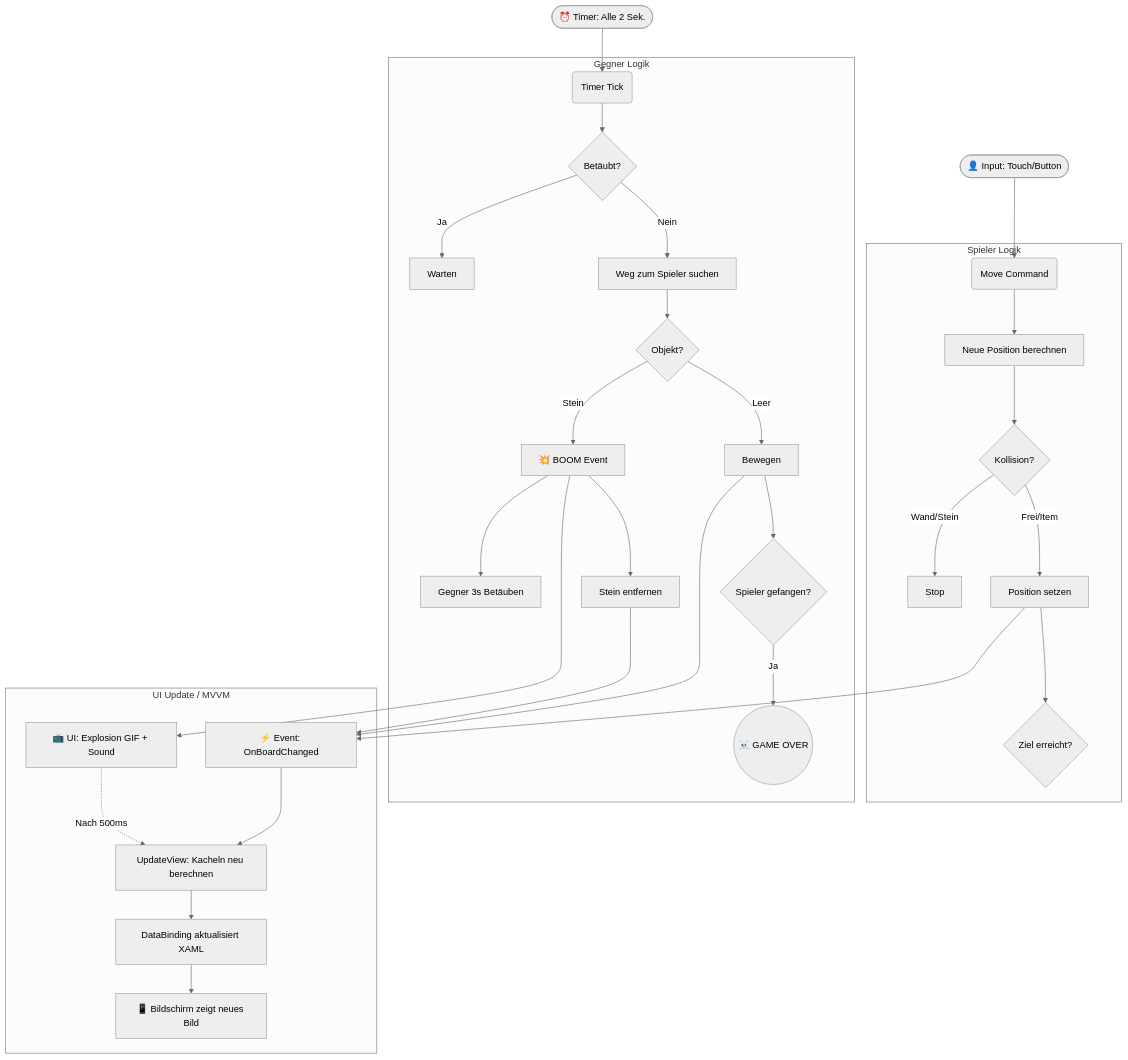
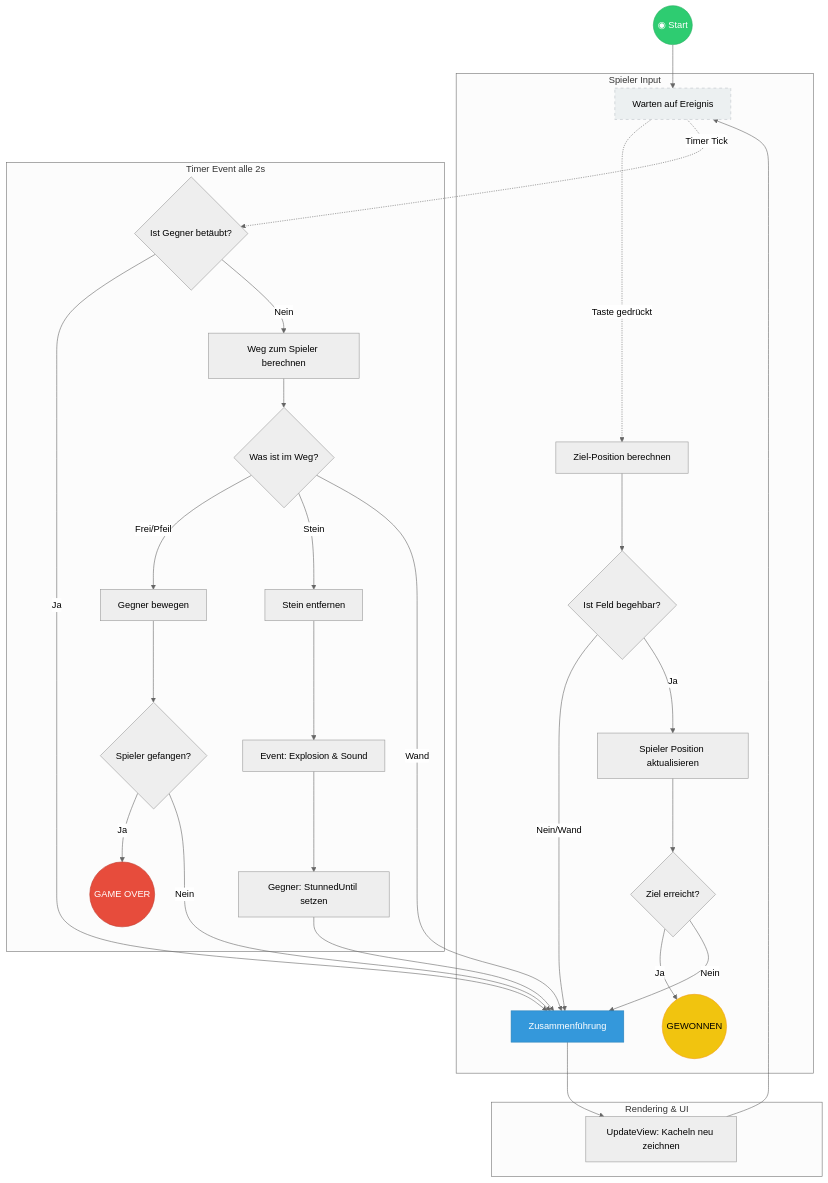
One commit to sebastianbichler/IU_C-_2026_Q1_LE changed the second of 2 diagrams in src/Playground/E01G03/UML.md. Above: the diagram before and after it, drawn with Mermaid (neutral theme).

Commit message:
Update UML diagram with player and enemy logic

````diff
--- a/src/Playground/E01G03/UML.md
+++ b/src/Playground/E01G03/UML.md
@@ -137,45 +137,55 @@
 ```mermaid
 graph TD
-    %% --- STARTPUNKTE ---
-    Input([👤 Input: Touch/Button]) --> PlayerAction
-    Timer([⏰ Timer: Alle 2 Sek.]) --> EnemyAction
+    %% --- START ---
+    Start((◉ Start)) --> Idle[Warten auf Ereignis]
 
-    %% --- SPIELER ZYKLUS ---
-    subgraph PlayerLoop [Spieler Logik]
-        PlayerAction(Move Command) --> CalcPosP[Neue Position berechnen]
-        CalcPosP --> CheckColP{Kollision?}
-        CheckColP -- Wand/Stein --> StopP[Stop]
-        CheckColP -- Frei/Item --> UpdatePosP[Position setzen]
-        UpdatePosP --> CheckWin{Ziel erreicht?}
+    %% --- SWIMLANES ---
+    subgraph Player_Event [Spieler Input]
+        Idle -.-> |Taste gedrückt| CalcPlayer[Ziel-Position berechnen]
+        CalcPlayer --> CheckWalkable{Ist Feld begehbar?}
+        
+        CheckWalkable -- Nein/Wand --> MergeUI[Zusammenführung]
+        CheckWalkable -- Ja --> SetPPos[Spieler Position aktualisieren]
+        SetPPos --> CheckWin{Ziel erreicht?}
+        
+        CheckWin -- Ja --> Win((GEWONNEN))
+        CheckWin -- Nein --> MergeUI
     end
 
-    %% --- GEGNER ZYKLUS ---
-    subgraph EnemyLoop [Gegner Logik]
-        EnemyAction(Timer Tick) --> IsStunned{Betäubt?}
-        IsStunned -- Ja --> Wait[Warten]
-        IsStunned -- Nein --> Pathfind[Weg zum Spieler suchen]
-        Pathfind --> CheckColE{Objekt?}
+    subgraph Enemy_Tick [Timer Event alle 2s]
+        Idle -.-> |Timer Tick| CheckStun{Ist Gegner betäubt?}
         
-        CheckColE -- Leer --> MoveE[Bewegen]
-        CheckColE -- Stein --> Explode[💥 BOOM Event]
-        Explode --> StunE[Gegner 3s Betäuben]
-        Explode --> RemoveStone[Stein entfernen]
+        %% Der "Kein Warten" Pfad: Einfach überspringen
+        CheckStun -- Ja --> MergeUI
         
-        MoveE --> Catch{Spieler gefangen?}
-        Catch -- Ja --> GameOver((☠️ GAME OVER))
+        CheckStun -- Nein --> Pathfind[Weg zum Spieler berechnen]
+        Pathfind --> CheckObs{Was ist im Weg?}
+        
+        %% Fall: Weg frei
+        CheckObs -- Frei/Pfeil --> MoveEnemy[Gegner bewegen]
+        MoveEnemy --> CheckCatch{Spieler gefangen?}
+        CheckCatch -- Ja --> GameOver((GAME OVER))
+        CheckCatch -- Nein --> MergeUI
+
+        %% Fall: Stein (Explosion)
+        CheckObs -- Stein --> DestroyStone[Stein entfernen]
+        DestroyStone --> TriggerAnim[Event: Explosion & Sound]
+        TriggerAnim --> SetStun[Gegner: StunnedUntil setzen]
+        SetStun --> MergeUI
+        
+        %% Fall: Wand (Blockiert)
+        CheckObs -- Wand --> MergeUI
     end
 
-    %% --- RENDERING & UI ---
-    subgraph RenderLoop [UI Update / MVVM]
-        UpdatePosP --> EventChanged[⚡ Event: OnBoardChanged]
-        MoveE --> EventChanged
-        RemoveStone --> EventChanged
-        Explode --> AsyncAnim[📺 UI: Explosion GIF + Sound]
-        
-        EventChanged --> BuildVM[UpdateView: Kacheln neu berechnen]
-        BuildVM --> Bindings[DataBinding aktualisiert XAML]
-        Bindings --> Screen[📱 Bildschirm zeigt neues Bild]
-        
-        AsyncAnim -.-> |Nach 500ms| BuildVM
+    subgraph System_UI [Rendering & UI]
+        MergeUI --> UpdateView[UpdateView: Kacheln neu zeichnen]
+        UpdateView --> Idle
     end
+    
+    %% Styling
+    style Start fill:#2ecc71,stroke:#27ae60,color:white
+    style Win fill:#f1c40f,stroke:#f39c12,color:black
+    style GameOver fill:#e74c3c,stroke:#c0392b,color:white
+    style Idle fill:#ecf0f1,stroke:#bdc3c7,stroke-dasharray: 5 5
+    style MergeUI fill:#3498db,stroke:#2980b9,color:white,shape:circle
 ```
````
